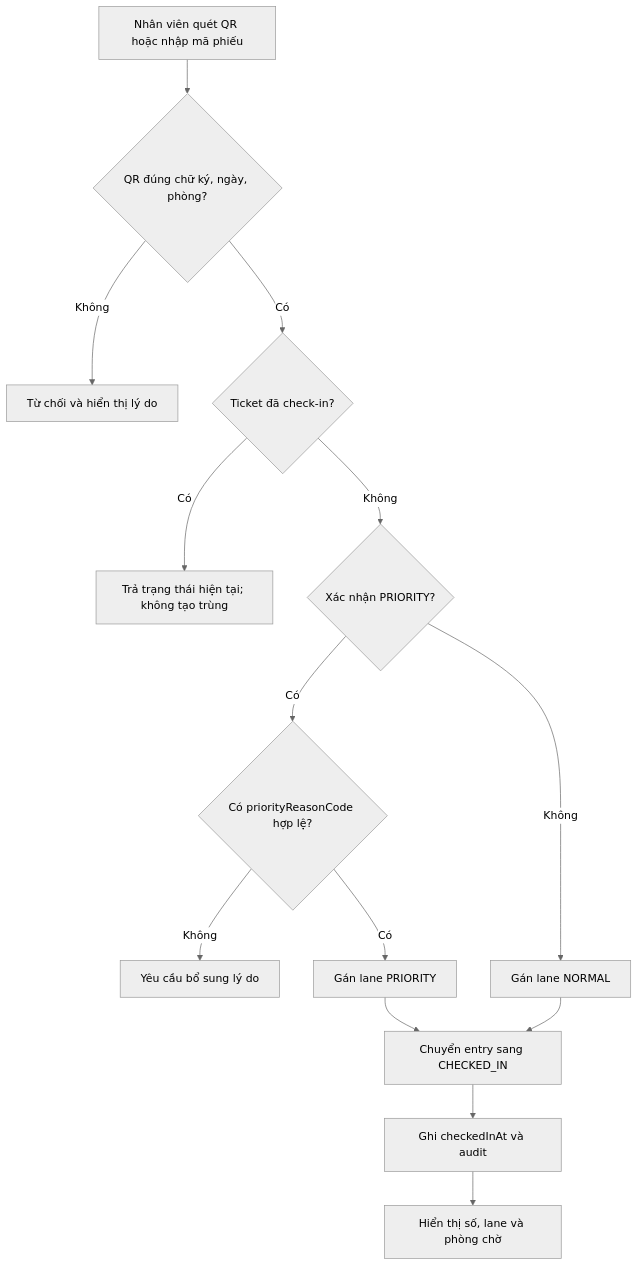
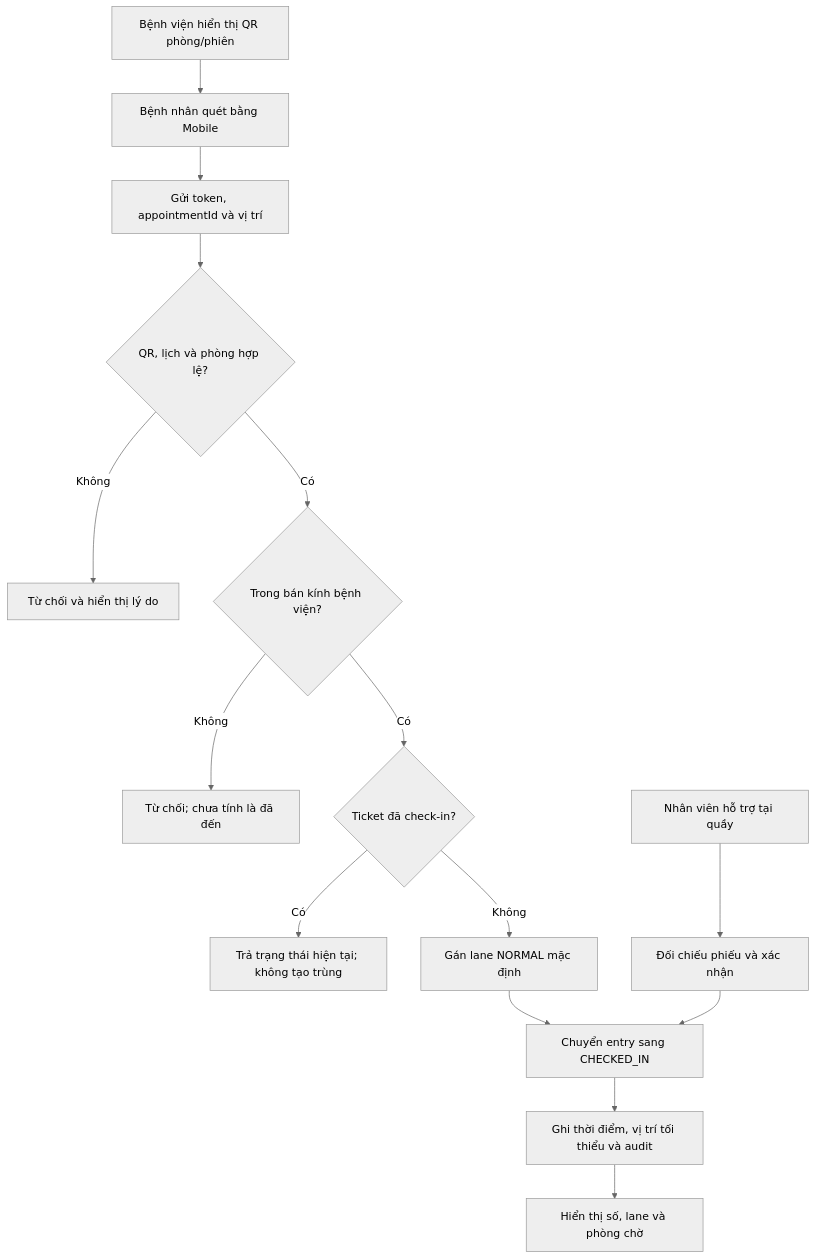
Before and after one commit to ntkhai268/careflow: diagram 12 of 20 in docs/report/chapter-03-analysis-and-design.md, drawn with Mermaid (neutral theme). The commit also changed other lines of this file and 38 other files, not shown here.

Commit message:
docs: update report and QR check-in flow

````diff
--- a/docs/report/chapter-03-analysis-and-design.md
+++ b/docs/report/chapter-03-analysis-and-design.md
@@ -585,16 +668,17 @@
 ```mermaid
 flowchart TD
-    A["Nhân viên quét QR hoặc nhập mã phiếu"] --> B{"QR đúng chữ ký, ngày, phòng?"}
-    B -- "Không" --> X["Từ chối và hiển thị lý do"]
-    B -- "Có" --> C{"Ticket đã check-in?"}
-    C -- "Có" --> Y["Trả trạng thái hiện tại; không tạo trùng"]
-    C -- "Không" --> D{"Xác nhận PRIORITY?"}
-    D -- "Có" --> E{"Có priorityReasonCode hợp lệ?"}
-    E -- "Không" --> Z["Yêu cầu bổ sung lý do"]
-    E -- "Có" --> F["Gán lane PRIORITY"]
-    D -- "Không" --> G["Gán lane NORMAL"]
-    F --> H["Chuyển entry sang CHECKED_IN"]
-    G --> H
-    H --> I["Ghi checkedInAt và audit"]
+    A["Bệnh viện hiển thị QR phòng/phiên"] --> B["Bệnh nhân quét bằng Mobile"]
+    B --> C["Gửi token, appointmentId và vị trí"]
+    C --> D{"QR, lịch và phòng hợp lệ?"}
+    D -- "Không" --> X["Từ chối và hiển thị lý do"]
+    D -- "Có" --> E{"Trong bán kính bệnh viện?"}
+    E -- "Không" --> Y["Từ chối; chưa tính là đã đến"]
+    E -- "Có" --> F{"Ticket đã check-in?"}
+    F -- "Có" --> Z["Trả trạng thái hiện tại; không tạo trùng"]
+    F -- "Không" --> G["Gán lane NORMAL mặc định"]
+    G --> H["Chuyển entry sang CHECKED_IN"]
+    H --> I["Ghi thời điểm, vị trí tối thiểu và audit"]
     I --> J["Hiển thị số, lane và phòng chờ"]
+    K["Nhân viên hỗ trợ tại quầy"] --> L["Đối chiếu phiếu và xác nhận"]
+    L --> H
 ```
````
